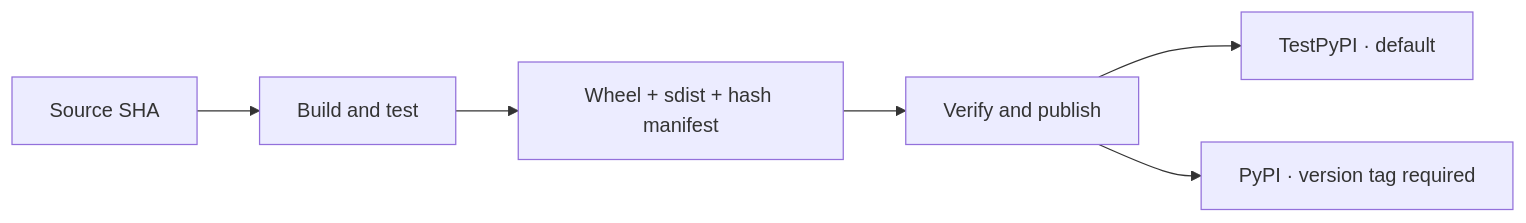
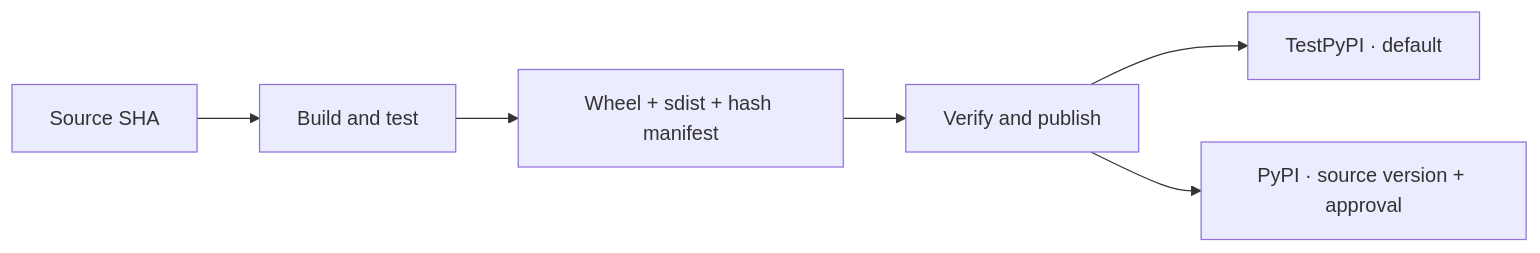
Before and after one commit to hugegraph/actions: the diagram in README.md, drawn with Mermaid. The commit also changed other lines of this file and 3 other files, not shown here.

````diff
--- a/README.md
+++ b/README.md
@@ -61,8 +61,8 @@
 ```mermaid
 flowchart LR
     S[Source SHA] --> B[Build and test]
     B --> A[Wheel + sdist + hash manifest]
     A --> P[Verify and publish]
     P --> T[TestPyPI · default]
-    P --> R[PyPI · version tag required]
+    P --> R[PyPI · source version + approval]
 ```
````
